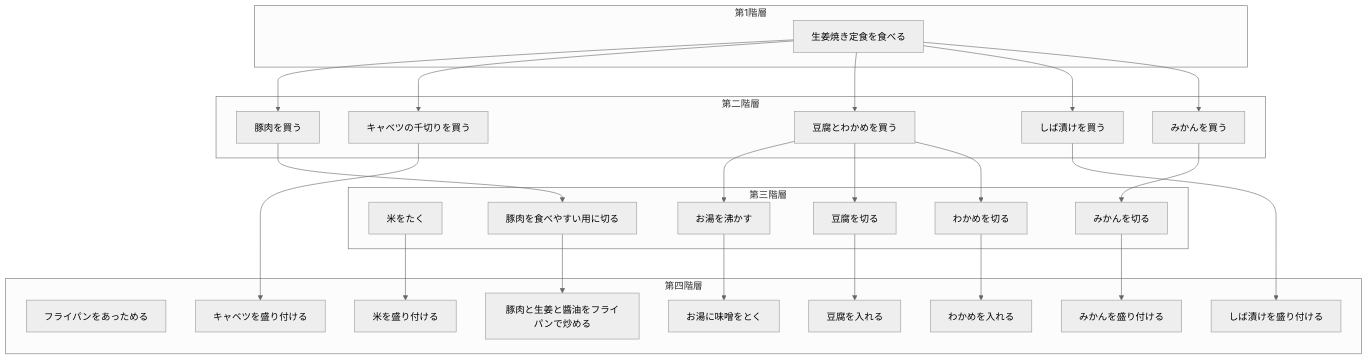
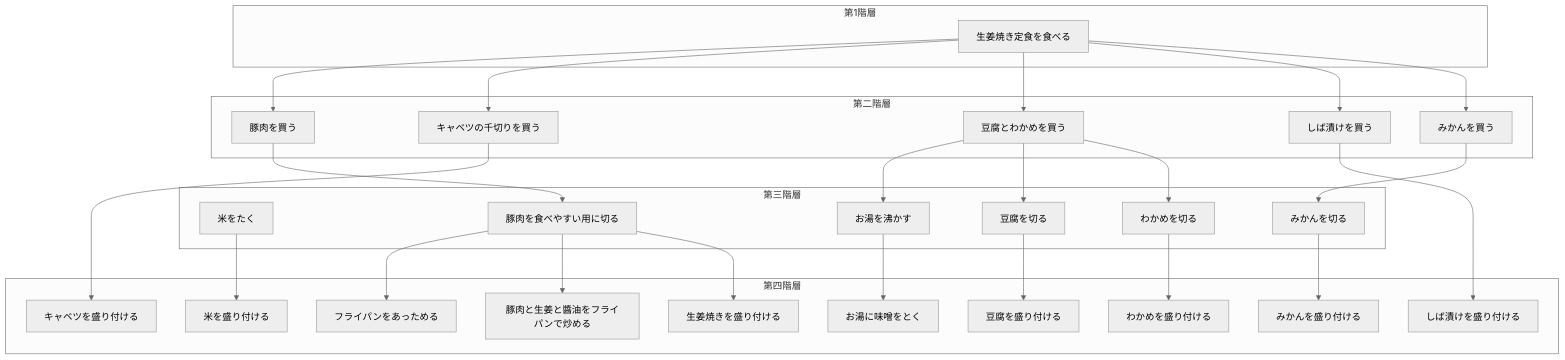
Before and after one commit to Raiki215/syougayaki: the diagram in WBS_1-5_wbs.md, drawn with Mermaid (neutral theme).

Commit message:
wbs修正

````diff
--- a/WBS_1-5_wbs.md
+++ b/WBS_1-5_wbs.md
@@ -1,50 +1,53 @@
 ```mermaid
 flowchart TD
     subgraph "第1階層"
     id1["生姜焼き定食を食べる"]
     end
     subgraph "第二階層"
     id2["豚肉を買う"]
     id3["キャベツの千切りを買う"]
     id4["豆腐とわかめを買う"]
     id5["しば漬けを買う"]
     id6["みかんを買う"]
     end
     subgraph "第三階層"
     id7["米をたく"]
     id8["豚肉を食べやすい用に切る"]
     id9["お湯を沸かす"]
     id10["豆腐を切る"]
     id11["わかめを切る"]
     id12["みかんを切る"]
     end
     subgraph "第四階層"
     id13["フライパンをあっためる"]
     m0["米を盛り付ける"]
     id14["豚肉と生姜と醬油をフライパンで炒める"]
+    i15["生姜焼きを盛り付ける"]
     m1["キャベツを盛り付ける"]
     id15["お湯に味噌をとく"]
-    id16["豆腐を入れる"]
-    id17["わかめを入れる"]
+    id16["豆腐を盛り付ける"]
+    id17["わかめを盛り付ける"]
     m2["しば漬けを盛り付ける"]
     m3["みかんを盛り付ける"]
     end
     id1 --> id2
     id1 --> id3
     id1 --> id4
     id1 --> id5
     id1 --> id6
     id2 --> id8
     id4 --> id9
     id4 --> id10
     id4 --> id11
     id6 --> id12
-    id8 --> id14
     id9 --> id15
     id10 --> id16
     id11 --> id17
     id3 --> m1
     id5 --> m2
     id12 --> m3
     id7 --> m0
+    id8-->id13
+    id8 --> id14
+    id8-->i15
 ```
````
